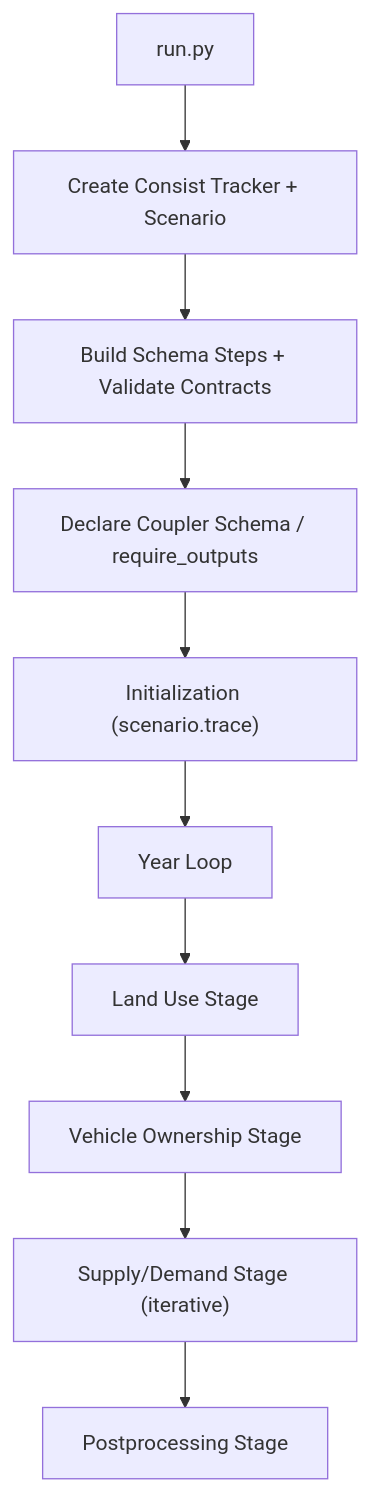
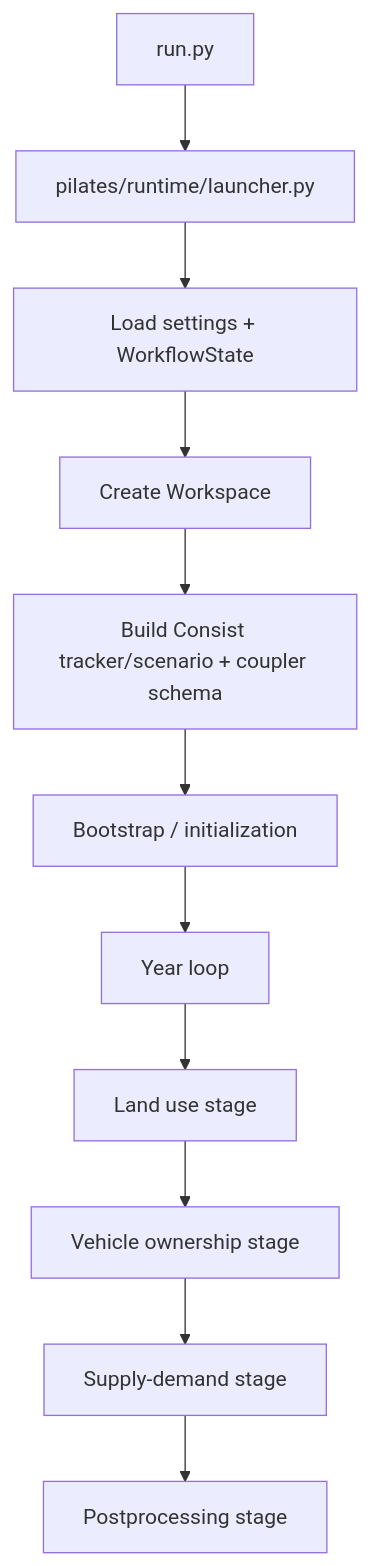
One commit to LBNL-UCB-STI/PILATES changed the diagram in docs/workflow_primer.md. Above: the diagram before and after it, drawn with Mermaid. The commit also changed other lines of this file and 19 other files, not shown here.

````diff
--- a/docs/workflow_primer.md
+++ b/docs/workflow_primer.md
@@ -71,12 +58,13 @@
 ```mermaid
 flowchart TD
-    A["run.py"] --> B["Create Consist Tracker + Scenario"]
-    B --> C["Build Schema Steps + Validate Contracts"]
-    C --> D["Declare Coupler Schema / require_outputs"]
-    D --> E["Initialization (scenario.trace)"]
-    E --> F["Year Loop"]
-    F --> G["Land Use Stage"]
-    G --> H["Vehicle Ownership Stage"]
-    H --> I["Supply/Demand Stage (iterative)"]
-    I --> J["Postprocessing Stage"]
+    A["run.py"] --> B["pilates/runtime/launcher.py"]
+    B --> C["Load settings + WorkflowState"]
+    C --> D["Create Workspace"]
+    D --> E["Build Consist tracker/scenario + coupler schema"]
+    E --> F["Bootstrap / initialization"]
+    F --> G["Year loop"]
+    G --> H["Land use stage"]
+    H --> I["Vehicle ownership stage"]
+    I --> J["Supply-demand stage"]
+    J --> K["Postprocessing stage"]
 ```
````
